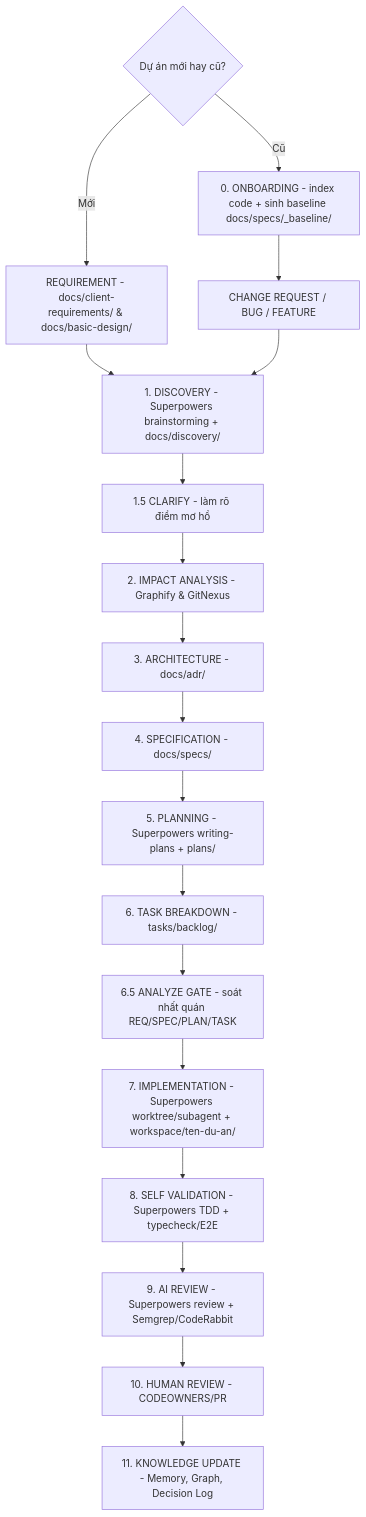
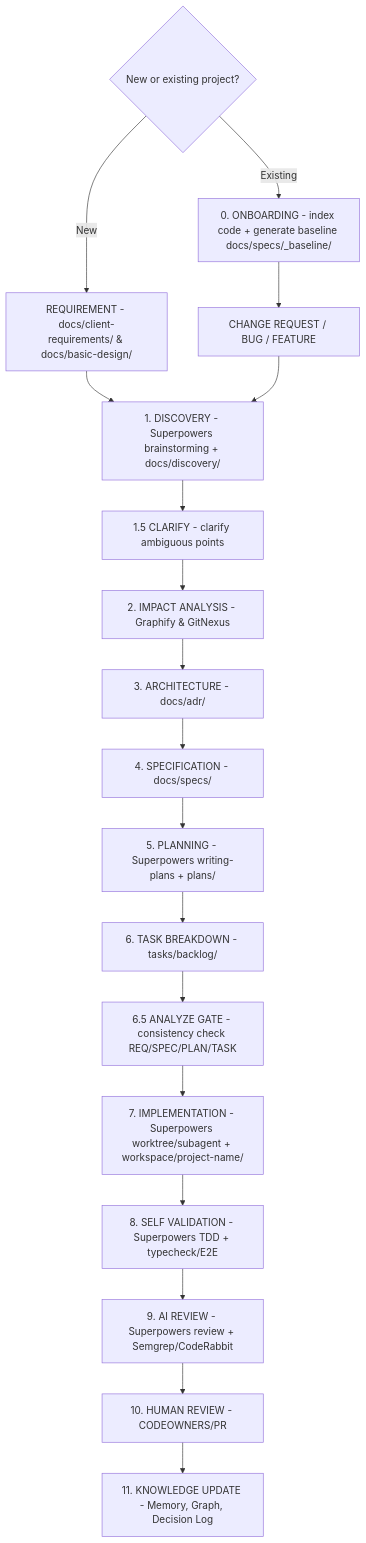
Before and after one commit to duytan177/structure-vide-code: the diagram in .agent/rules/00-ai-workflow.md, drawn with Mermaid. The commit also changed other lines of this file and 117 other files, not shown here.

````diff
--- a/.agent/rules/00-ai-workflow.md
+++ b/.agent/rules/00-ai-workflow.md
@@ -47,21 +47,21 @@
 ```mermaid
 flowchart TD
-    Mode{Dự án mới hay cũ?}
-    Mode -- Cũ --> S0[0. ONBOARDING - index code + sinh baseline docs/specs/_baseline/]
-    Mode -- Mới --> Req[REQUIREMENT - docs/client-requirements/ & docs/basic-design/]
+    Mode{New or existing project?}
+    Mode -- Existing --> S0[0. ONBOARDING - index code + generate baseline docs/specs/_baseline/]
+    Mode -- New --> Req[REQUIREMENT - docs/client-requirements/ & docs/basic-design/]
     S0 --> CR[CHANGE REQUEST / BUG / FEATURE]
     Req --> S1
     CR --> S1[1. DISCOVERY - Superpowers brainstorming + docs/discovery/]
-    S1 --> S15[1.5 CLARIFY - làm rõ điểm mơ hồ]
+    S1 --> S15[1.5 CLARIFY - clarify ambiguous points]
     S15 --> S2[2. IMPACT ANALYSIS - Graphify & GitNexus]
     S2 --> S3[3. ARCHITECTURE - docs/adr/]
     S3 --> S4[4. SPECIFICATION - docs/specs/]
     S4 --> S5[5. PLANNING - Superpowers writing-plans + plans/]
     S5 --> S6[6. TASK BREAKDOWN - tasks/backlog/]
-    S6 --> S65[6.5 ANALYZE GATE - soát nhất quán REQ/SPEC/PLAN/TASK]
-    S65 --> S7[7. IMPLEMENTATION - Superpowers worktree/subagent + workspace/ten-du-an/]
+    S6 --> S65[6.5 ANALYZE GATE - consistency check REQ/SPEC/PLAN/TASK]
+    S65 --> S7[7. IMPLEMENTATION - Superpowers worktree/subagent + workspace/project-name/]
     S7 --> S8[8. SELF VALIDATION - Superpowers TDD + typecheck/E2E]
     S8 --> S9[9. AI REVIEW - Superpowers review + Semgrep/CodeRabbit]
     S9 --> S10[10. HUMAN REVIEW - CODEOWNERS/PR]
     S10 --> S11[11. KNOWLEDGE UPDATE - Memory, Graph, Decision Log]
 ```
````
